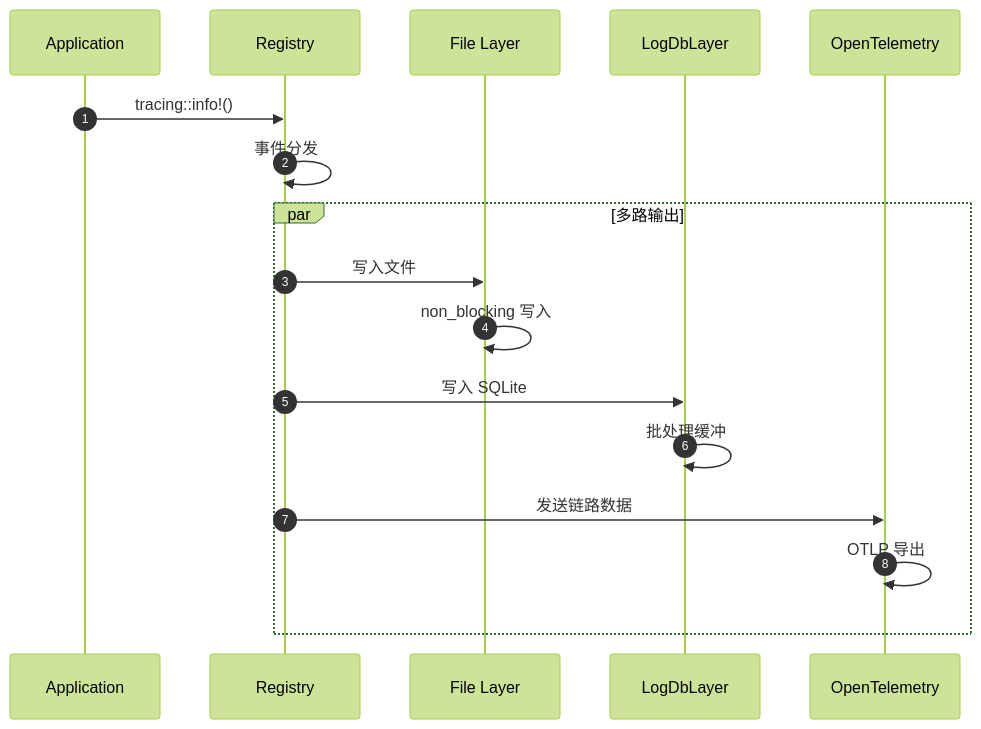
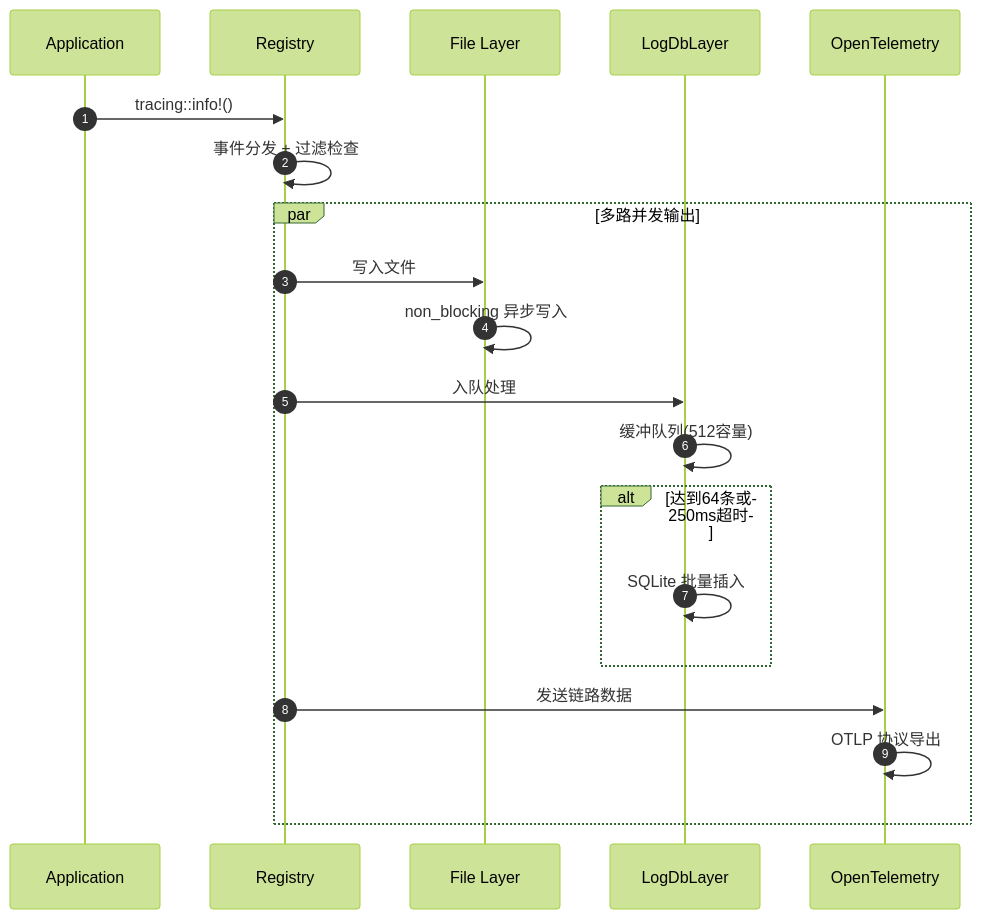
Before and after one commit to giraffe-tree/agent-base: the first of 7 diagrams in docs/codex/12-codex-logging.md, drawn with Mermaid (forest theme). The commit also changed other lines of this file and 155 other files, not shown here.

````diff
--- a/docs/codex/12-codex-logging.md
+++ b/docs/codex/12-codex-logging.md
@@ -82,23 +105,26 @@
 ```mermaid
 sequenceDiagram
     autonumber
     participant A as Application
     participant R as Registry
     participant F as File Layer
     participant S as LogDbLayer
     participant O as OpenTelemetry
 
     A->>R: tracing::info!()
-    R->>R: 事件分发
+    R->>R: 事件分发 + 过滤检查
 
-    par 多路输出
+    par 多路并发输出
         R->>F: 写入文件
-        F->>F: non_blocking 写入
+        F->>F: non_blocking 异步写入
 
-        R->>S: 写入 SQLite
-        S->>S: 批处理缓冲
+        R->>S: 入队处理
+        S->>S: 缓冲队列(512容量)
+        alt 达到64条或250ms超时
+            S->>S: SQLite 批量插入
+        end
 
         R->>O: 发送链路数据
-        O->>O: OTLP 导出
+        O->>O: OTLP 协议导出
     end
 ```
````
